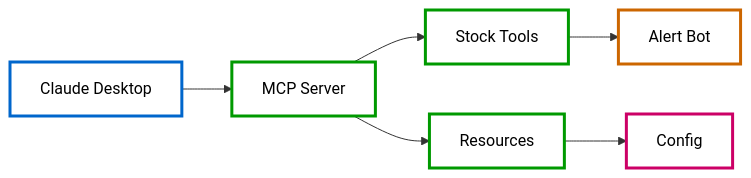
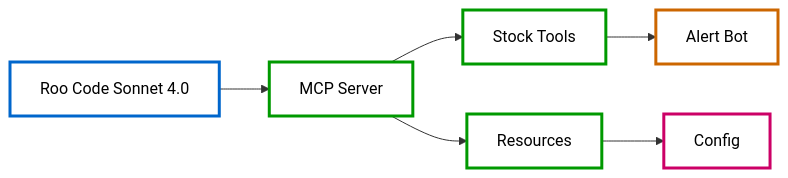
One commit to wuchris-ch/Finance-API-Alert-System changed the second of 3 diagrams in README.md. Above: the diagram before and after it, drawn with Mermaid. The commit also changed other lines of this file, not shown here.

First line of the commit message:
📝 Update README to reflect Roo Code Sonnet 4.0 usage

````diff
--- a/README.md
+++ b/README.md
@@ -69,18 +69,18 @@
 ```mermaid
 graph LR
-    AI[Claude Desktop] --> MCP[MCP Server]
+    AI[Roo Code Sonnet 4.0] --> MCP[MCP Server]
     MCP --> TOOLS[Stock Tools]
     MCP --> RES[Resources]
     TOOLS --> AB[Alert Bot]
     RES --> CFG[Config]
     
     classDef ai fill:#ffffff,stroke:#0066cc,stroke-width:3px,color:#000000
     classDef mcp fill:#ffffff,stroke:#009900,stroke-width:3px,color:#000000
     classDef core fill:#ffffff,stroke:#cc6600,stroke-width:3px,color:#000000
     classDef config fill:#ffffff,stroke:#cc0066,stroke-width:3px,color:#000000
     
     class AI ai
     class MCP,TOOLS,RES mcp
     class AB core
     class CFG config
 ```
````
